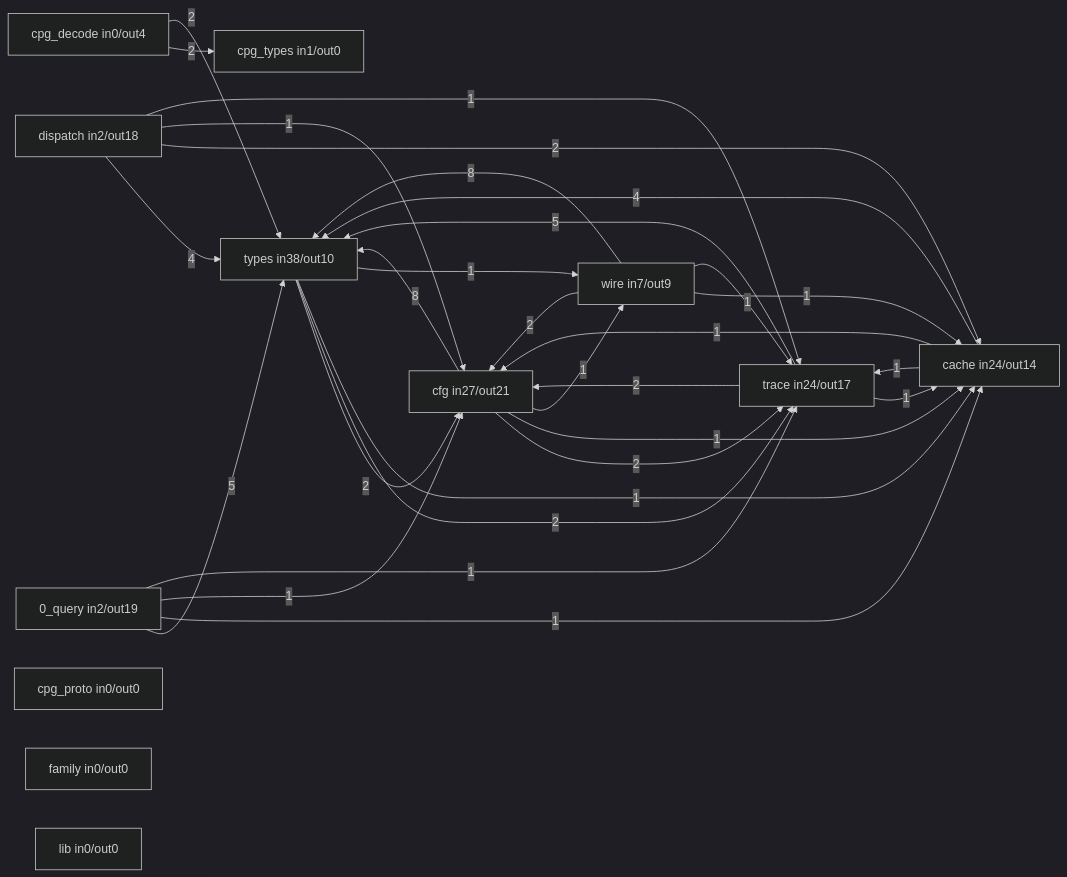
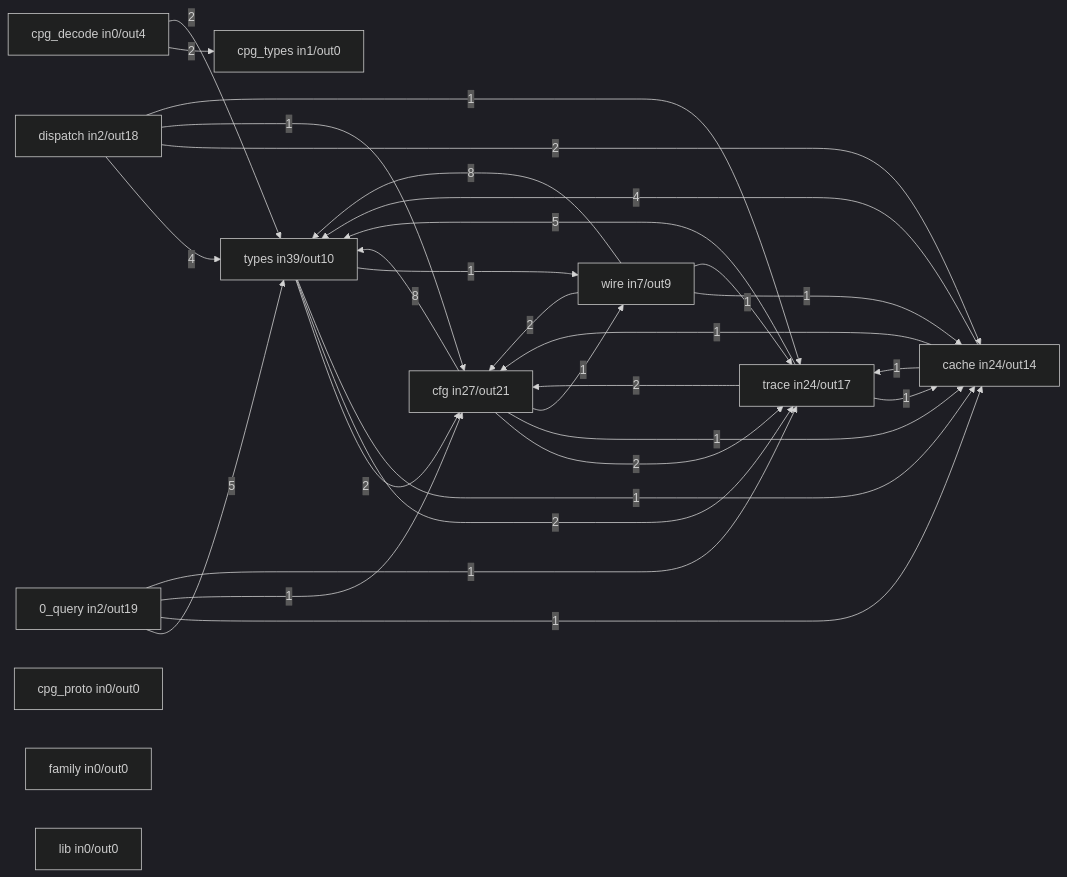
The second of 5 diagrams in docs/selfdoc/extract.md (hafley66/sprefa), drawn with Mermaid (dark theme) before and after one commit. The commit also changed other lines of this file and 1 other file, not shown here.

````diff
--- a/docs/selfdoc/extract.md
+++ b/docs/selfdoc/extract.md
@@ -71,43 +71,43 @@
 ```mermaid
 flowchart LR
-  n1["types  in38/out10"]
+  n1["types  in39/out10"]
   n2["cfg  in27/out21"]
   n3["trace  in24/out17"]
   n4["cache  in24/out14"]
   n5["wire  in7/out9"]
   n6["0_query  in2/out19"]
   n7["dispatch  in2/out18"]
   n8["cpg_types  in1/out0"]
   n9["cpg_decode  in0/out4"]
   n10["cpg_proto  in0/out0"]
   n11["family  in0/out0"]
   n12["lib  in0/out0"]
   n2 -->|8| n1
   n5 -->|8| n1
   n6 -->|5| n1
   n3 -->|5| n1
   n4 -->|4| n1
   n7 -->|4| n1
   n2 -->|2| n3
   n9 -->|2| n8
   n9 -->|2| n1
   n7 -->|2| n4
   n3 -->|2| n2
   n1 -->|2| n2
   n1 -->|2| n3
   n5 -->|2| n2
   n6 -->|1| n4
   n6 -->|1| n2
   n6 -->|1| n3
   n4 -->|1| n2
   n4 -->|1| n3
   n2 -->|1| n4
   n2 -->|1| n5
   n7 -->|1| n2
   n7 -->|1| n3
   n3 -->|1| n4
   n1 -->|1| n4
   n1 -->|1| n5
   n5 -->|1| n4
   n5 -->|1| n3
 ```
````
